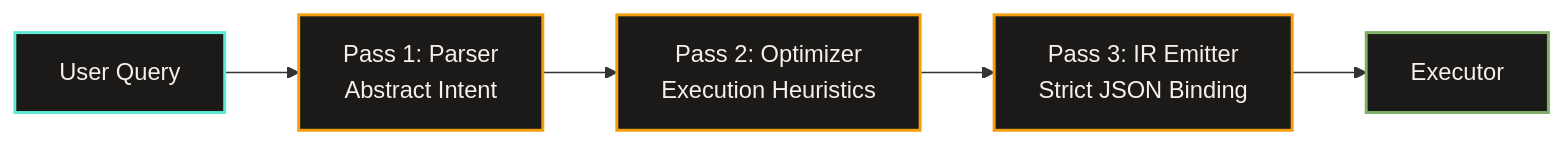
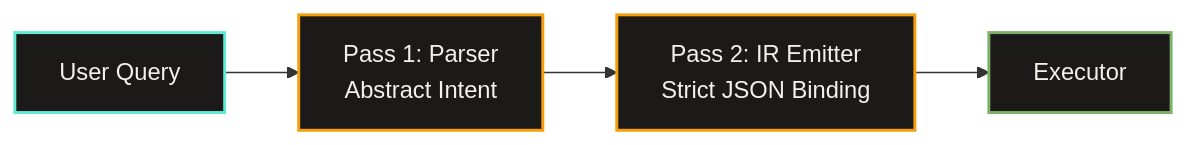
Before and after one commit to mohamadmeri/scrygent: the second of 4 diagrams in docs/ARCHITECTURE.md, drawn with Mermaid. The commit also changed other lines of this file and 4 other files, not shown here.

First line of the commit message:
docs: update architecture docs and align test structure with flattened memory

````diff
--- a/docs/ARCHITECTURE.md
+++ b/docs/ARCHITECTURE.md
@@ -105,13 +105,11 @@
 ```mermaid
 flowchart LR
     U[User Query] --> P1[Pass 1: Parser<br/>Abstract Intent]
-    P1 --> P2[Pass 2: Optimizer<br/>Execution Heuristics]
-    P2 --> P3[Pass 3: IR Emitter<br/>Strict JSON Binding]
-    P3 --> EX[Executor]
+    P1 --> P2[Pass 2: IR Emitter<br/>Strict JSON Binding]
+    P2 --> EX[Executor]
     
     style U fill:#1C1A18,stroke:#5EEAD4,stroke-width:2px,color:#F5F0EB
     style P1 fill:#1C1A18,stroke:#F59E0B,stroke-width:2px,color:#F5F0EB
     style P2 fill:#1C1A18,stroke:#F59E0B,stroke-width:2px,color:#F5F0EB
-    style P3 fill:#1C1A18,stroke:#F59E0B,stroke-width:2px,color:#F5F0EB
     style EX fill:#1C1A18,stroke:#7FB069,stroke-width:2px,color:#F5F0EB
 ```
````
